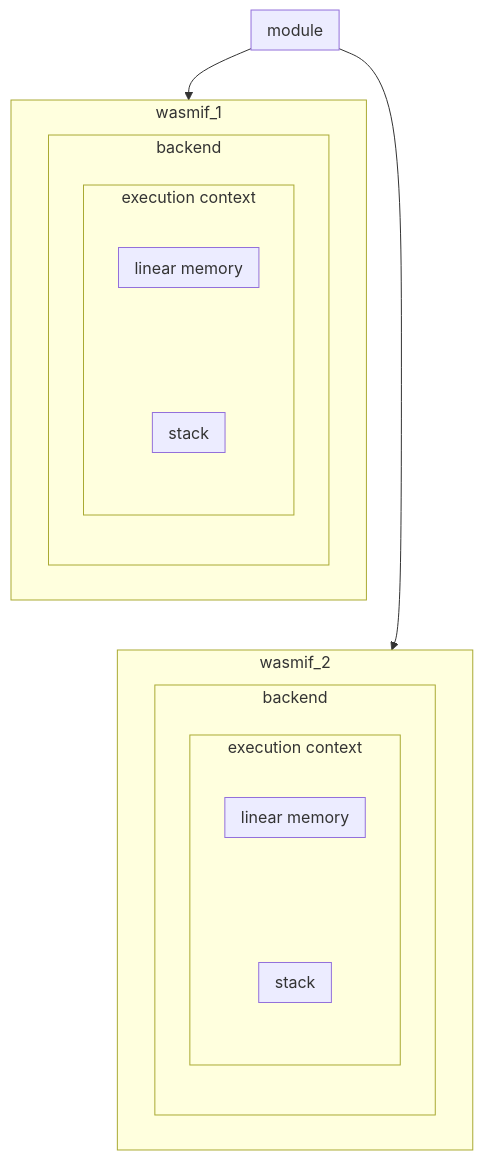
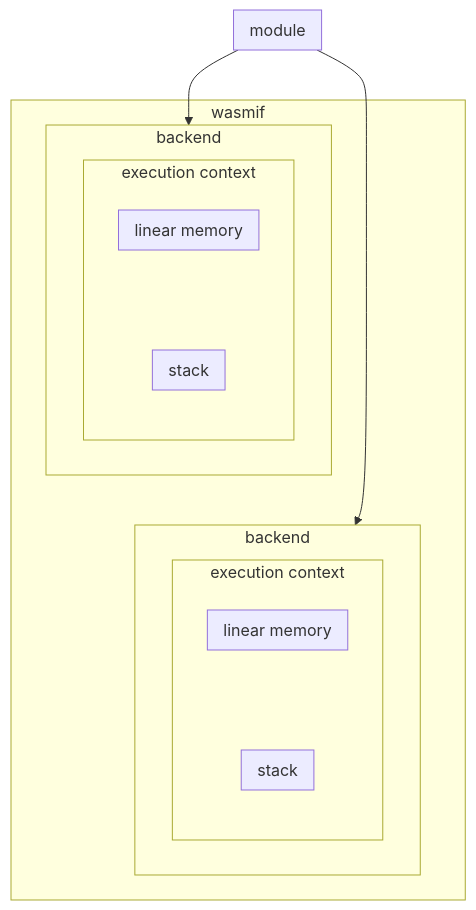
Diagram 12 of 12 in transactions/read-only/memory.md (eosnetworkfoundation/product), drawn with Mermaid before and after one commit. The commit also changed other lines of this file, not shown here.

````diff
--- a/transactions/read-only/memory.md
+++ b/transactions/read-only/memory.md
@@ -423,44 +429,32 @@
 ```mermaid
 flowchart TD
    subgraph module[module]
    end
-%%  subgraph wamsifs
-%%  direction LR
-   subgraph wasmif_1
+   subgraph wasmif
       subgraph backend_1[backend]
          subgraph execution_ctx_1[execution context]
             direction TB
-  %%          subgraph module1[module]
-  %%          end
             subgraph LM1[linear memory]
             end
             subgraph Stack1[stack]
             end
-   %%         module1 ~~~ LM1
             LM1 ~~~ Stack1
          end
       end
-   end
 
-   subgraph wasmif_2
       subgraph backend_2[backend]
          subgraph execution_ctx_2[execution context]
             direction TB
-     %%       subgraph module2[module]
-     %%      end
             subgraph LM2[linear memory]
             end
             subgraph Stack2[stack]
             end
-     %%     module2 ~~~ LM2
             LM2 ~~~ Stack2
          end
       end
    end   
-   wasmif_1 ~~~ wasmif_2
-%%   end
-%%   module1 --- module2
-   module --> wasmif_1
-   module --> wasmif_2
+   backend_1 ~~~ backend_2
+   module --> backend_1
+   module --> backend_2
    
 ```
````
